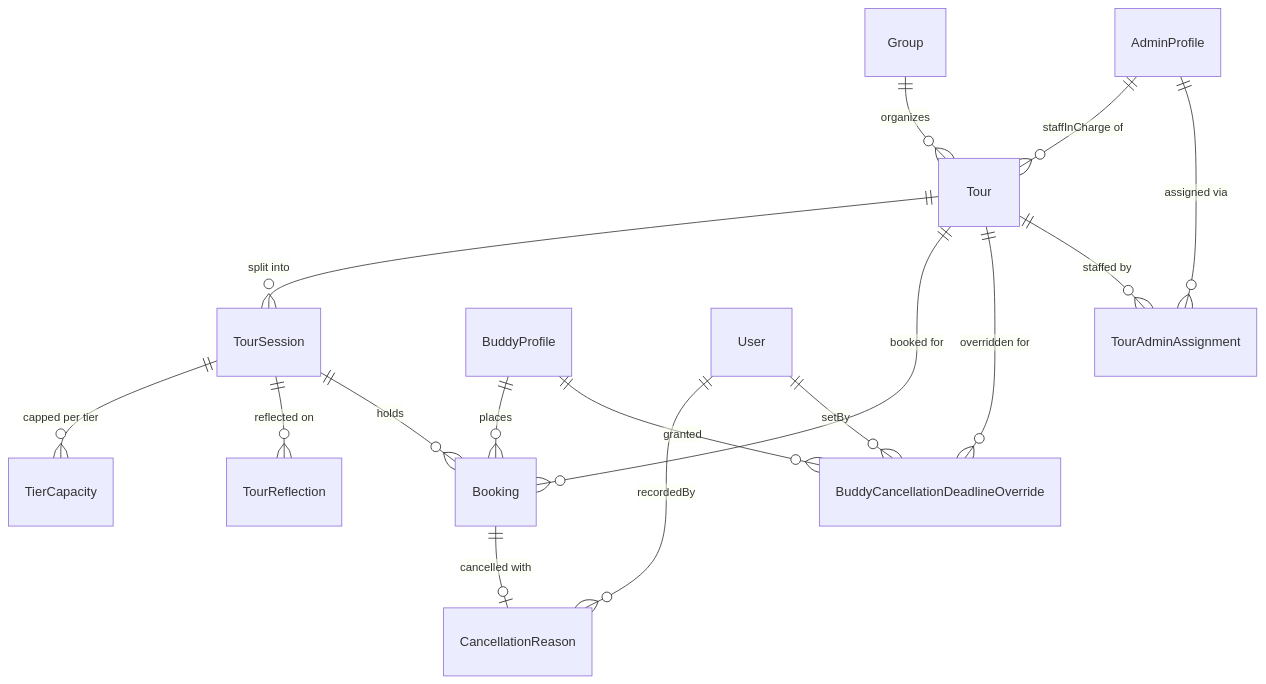
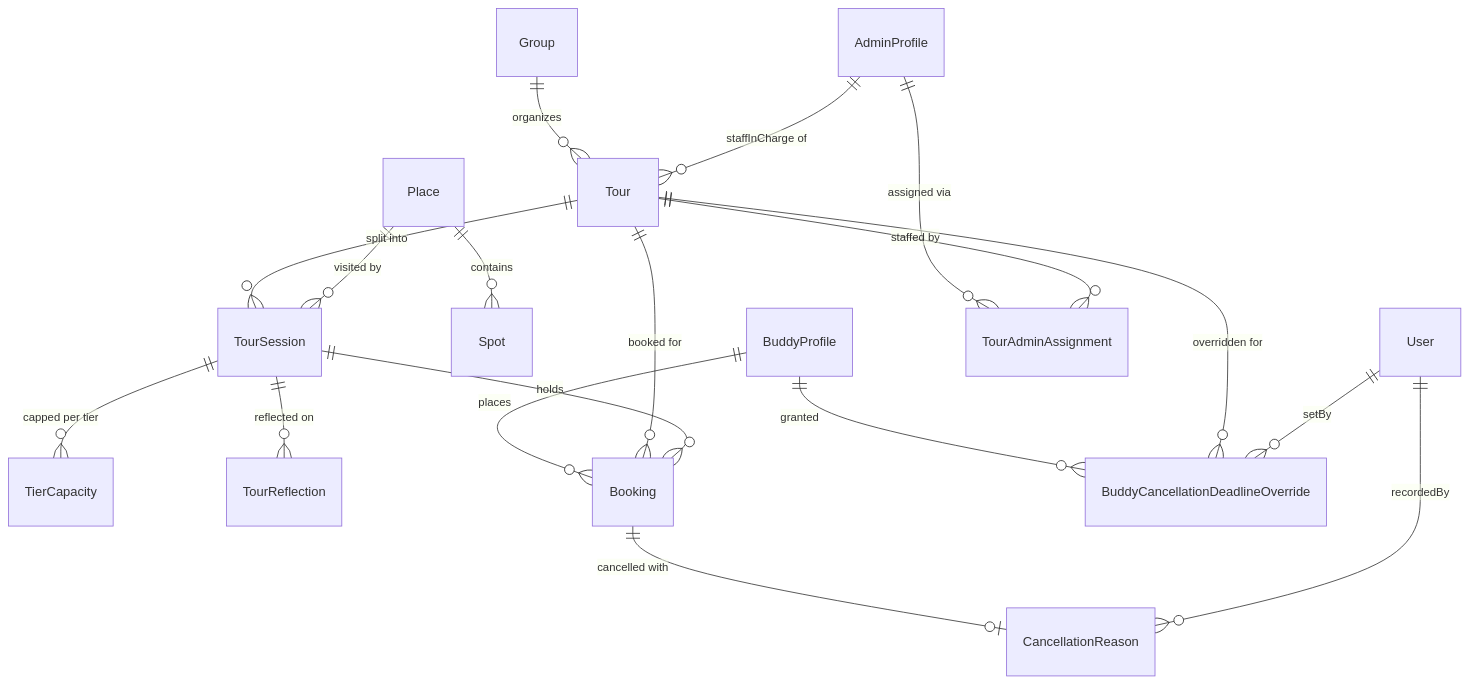
Before and after one commit to Lynns0416/buddy-app-copy: the second of 2 diagrams in docs/data-model.md, drawn with Mermaid. The commit also changed other lines of this file and 91 other files, not shown here.

First line of the commit message:
Feat/239 tour place and spot (#242)

````diff
--- a/docs/data-model.md
+++ b/docs/data-model.md
@@ -34,21 +37,24 @@
 ```mermaid
 erDiagram
     Group ||--o{ Tour : organizes
     Tour ||--o{ TourSession : "split into"
+
+    Place ||--o{ Spot : contains
+    Place ||--o{ TourSession : "visited by"
     TourSession ||--o{ TierCapacity : "capped per tier"
     TourSession ||--o{ TourReflection : "reflected on"
 
     BuddyProfile ||--o{ Booking : places
     Tour ||--o{ Booking : "booked for"
     TourSession ||--o{ Booking : holds
     Booking ||--o| CancellationReason : "cancelled with"
     User ||--o{ CancellationReason : "recordedBy"
 
     BuddyProfile ||--o{ BuddyCancellationDeadlineOverride : "granted"
     Tour ||--o{ BuddyCancellationDeadlineOverride : "overridden for"
     User ||--o{ BuddyCancellationDeadlineOverride : "setBy"
 
     AdminProfile ||--o{ Tour : "staffInCharge of"
     AdminProfile ||--o{ TourAdminAssignment : "assigned via"
     Tour ||--o{ TourAdminAssignment : "staffed by"
 ```
````
